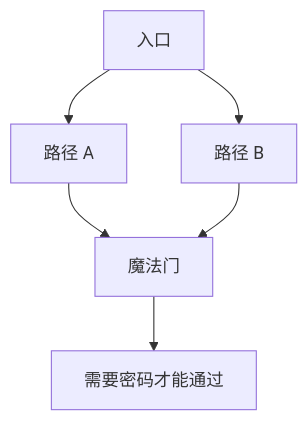
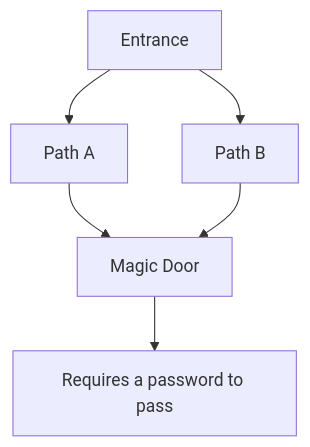
Before and after one commit to stars-labs/cryptograph-onboarding-trainning: the first of 4 diagrams in docs/cryptography/zkp.mdx, drawn with Mermaid. The commit also changed other lines of this file and 15 other files, not shown here.

````diff
--- a/docs/cryptography/zkp.mdx
+++ b/docs/cryptography/zkp.mdx
@@ -53,8 +53,8 @@
 ```mermaid
 flowchart TD
-    E[入口] --> A[路径 A]
-    E --> B[路径 B]
-    A --> D[魔法门]
+    E[Entrance] --> A[Path A]
+    E --> B[Path B]
+    A --> D[Magic Door]
     B --> D
-    D --> NOTE["需要密码才能通过"]
+    D --> NOTE["Requires a password to pass"]
 ```
````
